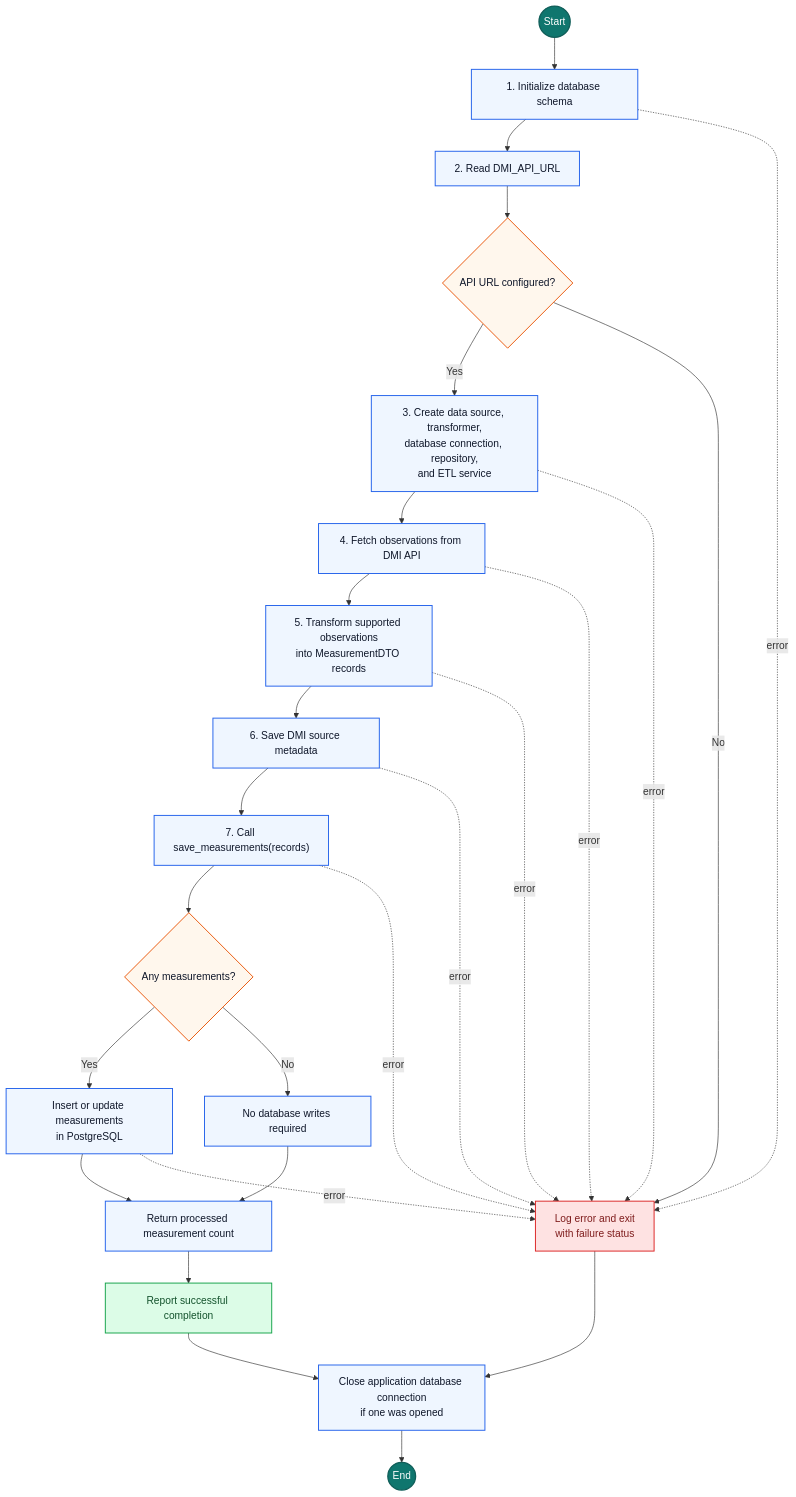
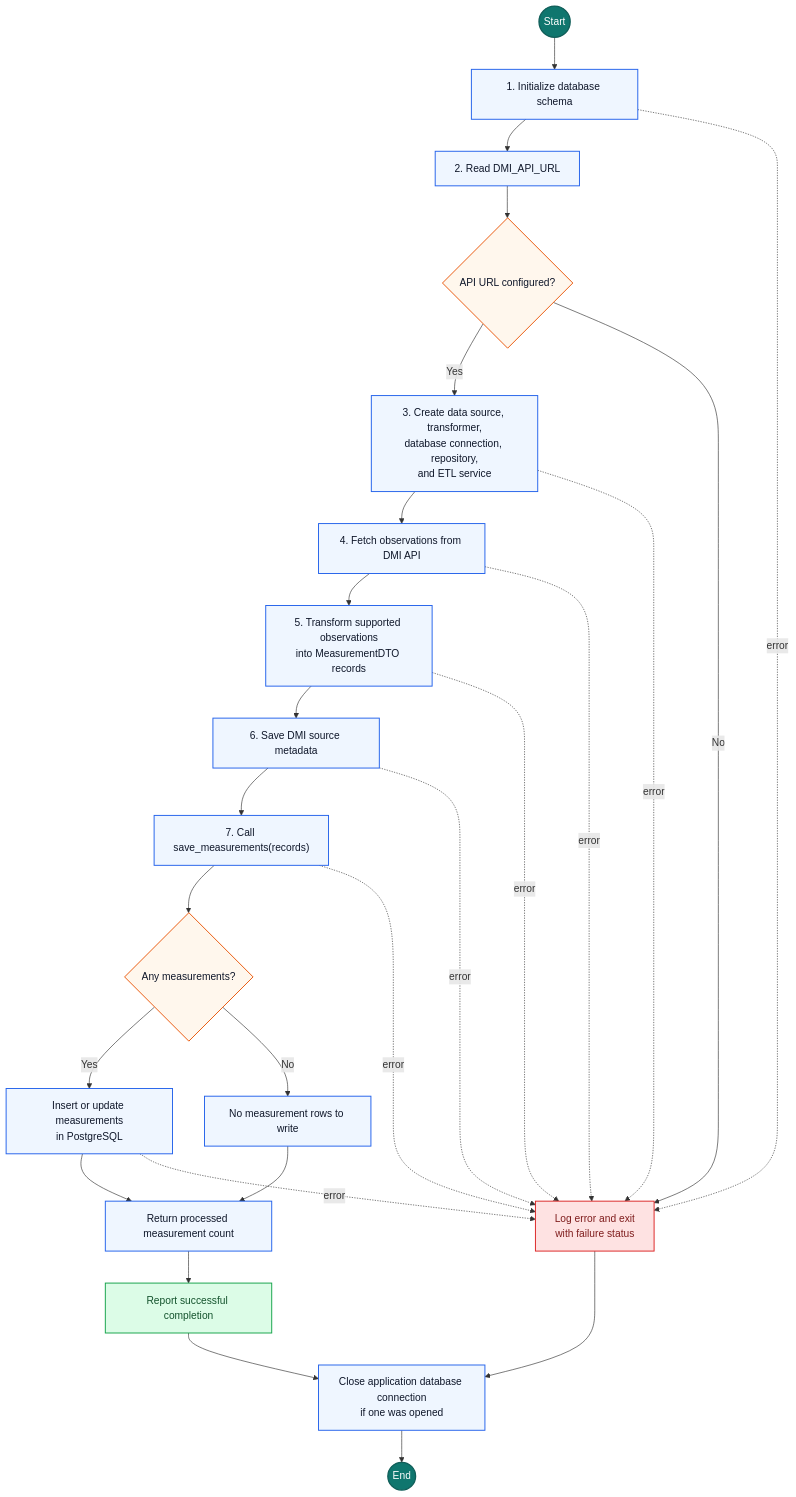
Before and after one commit to mielouise/environment_data_project: the third of 4 diagrams in README.md, drawn with Mermaid. The commit also changed other lines of this file, not shown here.

````diff
--- a/README.md
+++ b/README.md
@@ -160,51 +163,51 @@
 ```mermaid
 flowchart TD
     Start((Start))
     InitSchema["1. Initialize database schema"]
     ReadURL["2. Read DMI_API_URL"]
     HasURL{"API URL configured?"}
     BuildServices["3. Create data source, transformer,<br/>database connection, repository,<br/>and ETL service"]
     Fetch["4. Fetch observations from DMI API"]
     Transform["5. Transform supported observations<br/>into MeasurementDTO records"]
     SaveSource["6. Save DMI source metadata"]
     SaveMeasurements["7. Call save_measurements(records)"]
     HasRecords{"Any measurements?"}
     WriteRecords["Insert or update measurements<br/>in PostgreSQL"]
-    NoRecords["No database writes required"]
+    NoRecords["No measurement rows to write"]
     Count["Return processed measurement count"]
     ReportSuccess["Report successful completion"]
     ReportFailure["Log error and exit<br/>with failure status"]
     Cleanup["Close application database connection<br/>if one was opened"]
     End((End))
 
     Start --> InitSchema --> ReadURL --> HasURL
     HasURL -->|Yes| BuildServices --> Fetch
     Transform --> SaveSource
     Fetch --> Transform
     SaveSource --> SaveMeasurements --> HasRecords
     HasRecords -->|Yes| WriteRecords --> Count
     HasRecords -->|No| NoRecords --> Count
     Count --> ReportSuccess --> Cleanup --> End
     HasURL -->|No| ReportFailure
     ReportFailure --> Cleanup
 
     InitSchema -. error .-> ReportFailure
     BuildServices -. error .-> ReportFailure
     Fetch -. error .-> ReportFailure
     Transform -. error .-> ReportFailure
     SaveSource -. error .-> ReportFailure
     SaveMeasurements -. error .-> ReportFailure
     WriteRecords -. error .-> ReportFailure
 
     classDef terminal fill:#0f766e,color:#ffffff,stroke:#115e59,stroke-width:2px
     classDef action fill:#eff6ff,color:#0f172a,stroke:#2563eb,stroke-width:1.5px
     classDef decision fill:#fff7ed,color:#0f172a,stroke:#ea580c,stroke-width:1.5px
     classDef success fill:#dcfce7,color:#14532d,stroke:#16a34a,stroke-width:1.5px
     classDef failure fill:#fee2e2,color:#7f1d1d,stroke:#dc2626,stroke-width:1.5px
 
     class Start,End terminal
     class InitSchema,ReadURL,BuildServices,Fetch,Transform,SaveSource,SaveMeasurements,WriteRecords,NoRecords,Count,Cleanup action
     class HasURL,HasRecords decision
     class ReportSuccess success
     class ReportFailure failure
 ```
````
